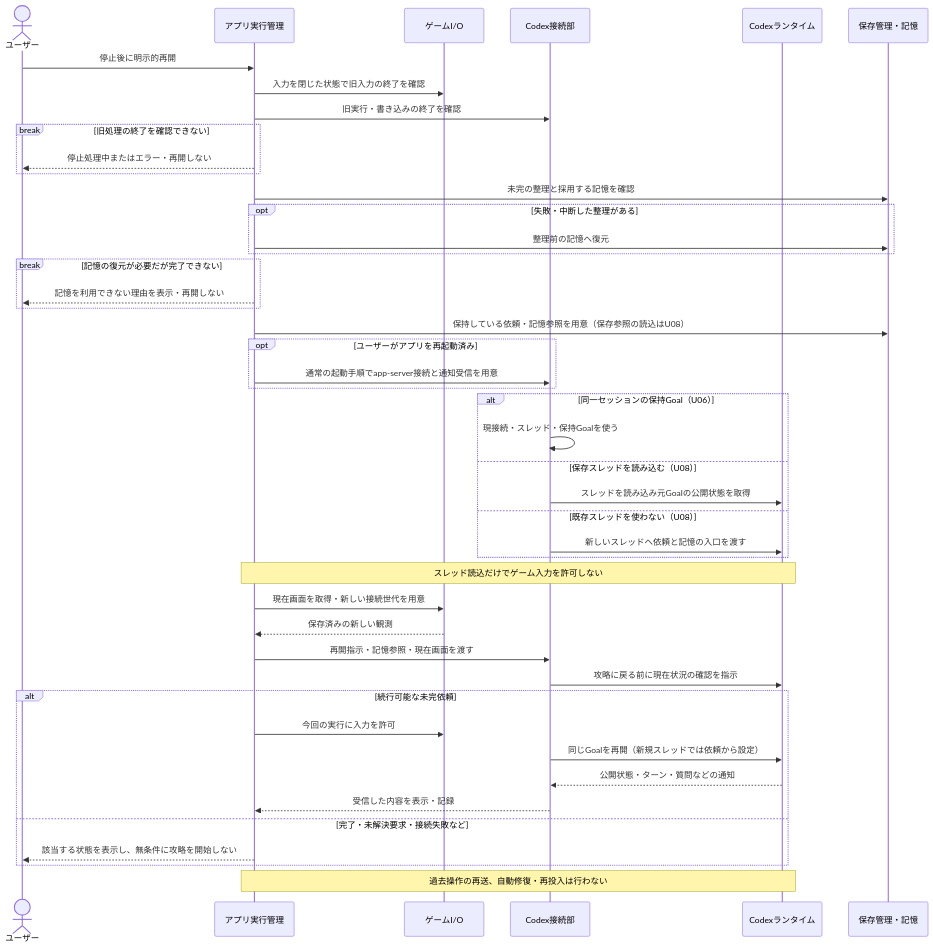
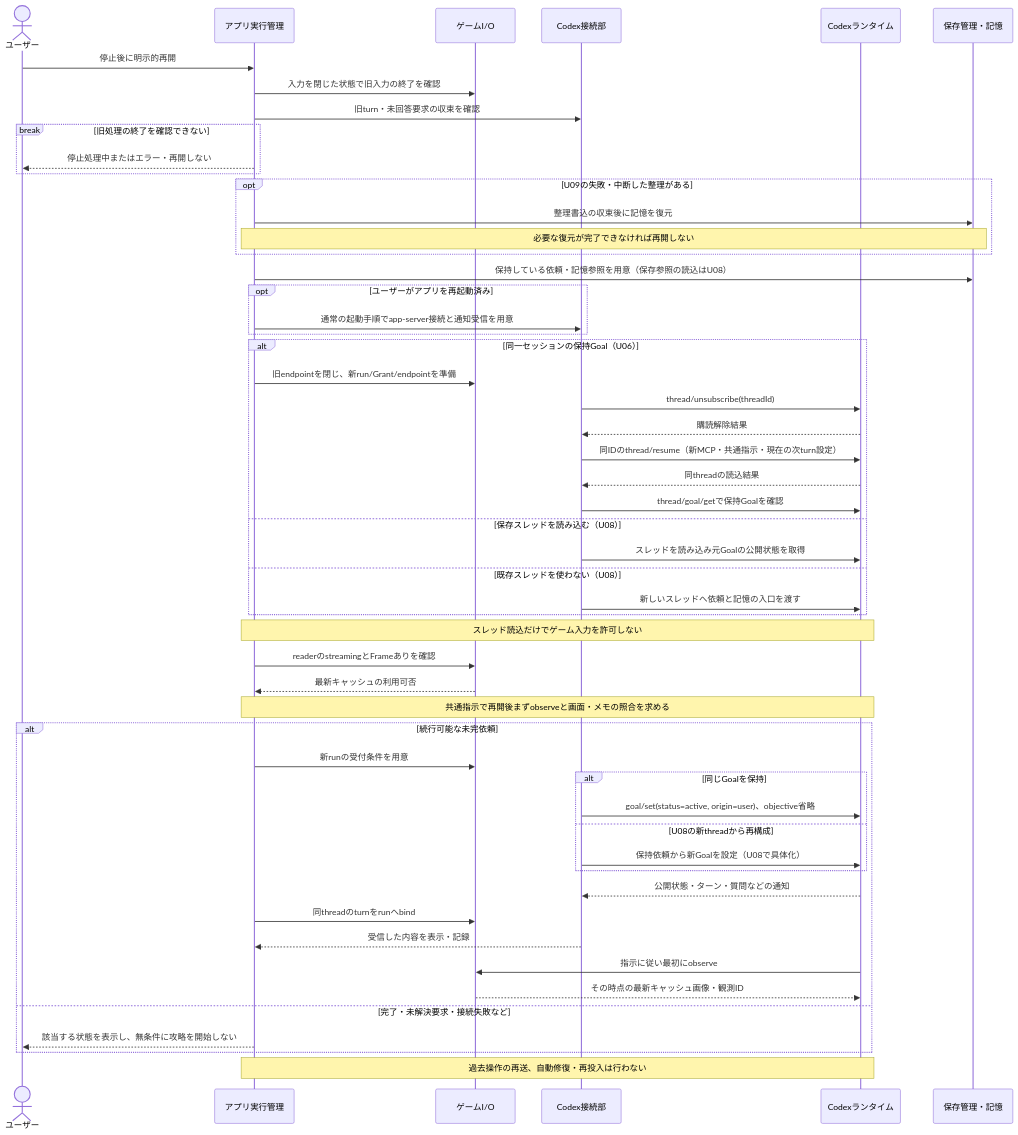
Before and after one commit to niart120/Project_Gigas: the sixth of 8 diagrams in spec/initial/09-control-flows.md, drawn with Mermaid. The commit also changed other lines of this file and 25 other files, not shown here.

````diff
--- a/spec/initial/09-control-flows.md
+++ b/spec/initial/09-control-flows.md
@@ -264,47 +275,55 @@
 ```mermaid
 sequenceDiagram
     actor U as ユーザー
     participant A as アプリ実行管理
     participant G as ゲームI/O
     participant C as Codex接続部
     participant R as Codexランタイム
     participant D as 保存管理・記憶
     U->>A: 停止後に明示的再開
     A->>G: 入力を閉じた状態で旧入力の終了を確認
-    A->>C: 旧実行・書き込みの終了を確認
+    A->>C: 旧turn・未回答要求の収束を確認
     break 旧処理の終了を確認できない
         A-->>U: 停止処理中またはエラー・再開しない
     end
-    A->>D: 未完の整理と採用する記憶を確認
-    opt 失敗・中断した整理がある
-        A->>D: 整理前の記憶へ復元
-    end
-    break 記憶の復元が必要だが完了できない
-        A-->>U: 記憶を利用できない理由を表示・再開しない
+    opt U09の失敗・中断した整理がある
+        A->>D: 整理書込の収束後に記憶を復元
+        Note over A,D: 必要な復元が完了できなければ再開しない
     end
     A->>D: 保持している依頼・記憶参照を用意（保存参照の読込はU08）
     opt ユーザーがアプリを再起動済み
         A->>C: 通常の起動手順でapp-server接続と通知受信を用意
     end
     alt 同一セッションの保持Goal（U06）
-        C->>C: 現接続・スレッド・保持Goalを使う
+        A->>G: 旧endpointを閉じ、新run/Grant/endpointを準備
+        C->>R: thread/unsubscribe(threadId)
+        R-->>C: 購読解除結果
+        C->>R: 同IDのthread/resume（新MCP・共通指示・現在の次turn設定）
+        R-->>C: 同threadの読込結果
+        C->>R: thread/goal/getで保持Goalを確認
     else 保存スレッドを読み込む（U08）
         C->>R: スレッドを読み込み元Goalの公開状態を取得
     else 既存スレッドを使わない（U08）
         C->>R: 新しいスレッドへ依頼と記憶の入口を渡す
     end
     Note over A,R: スレッド読込だけでゲーム入力を許可しない
-    A->>G: 現在画面を取得・新しい接続世代を用意
-    G-->>A: 保存済みの新しい観測
-    A->>C: 再開指示・記憶参照・現在画面を渡す
-    C->>R: 攻略に戻る前に現在状況の確認を指示
+    A->>G: readerのstreamingとFrameありを確認
+    G-->>A: 最新キャッシュの利用可否
+    Note over A,R: 共通指示で再開後まずobserveと画面・メモの照合を求める
     alt 続行可能な未完依頼
-        A->>G: 今回の実行に入力を許可
-        C->>R: 同じGoalを再開（新規スレッドでは依頼から設定）
+        A->>G: 新runの受付条件を用意
+        alt 同じGoalを保持
+            C->>R: goal/set(status=active, origin=user)、objective省略
+        else U08の新threadから再構成
+            C->>R: 保持依頼から新Goalを設定（U08で具体化）
+        end
         R-->>C: 公開状態・ターン・質問などの通知
+        A->>G: 同threadのturnをrunへbind
         C-->>A: 受信した内容を表示・記録
+        R->>G: 指示に従い最初にobserve
+        G-->>R: その時点の最新キャッシュ画像・観測ID
     else 完了・未解決要求・接続失敗など
         A-->>U: 該当する状態を表示し、無条件に攻略を開始しない
     end
     Note over A,R: 過去操作の再送、自動修復・再投入は行わない
 ```
````
